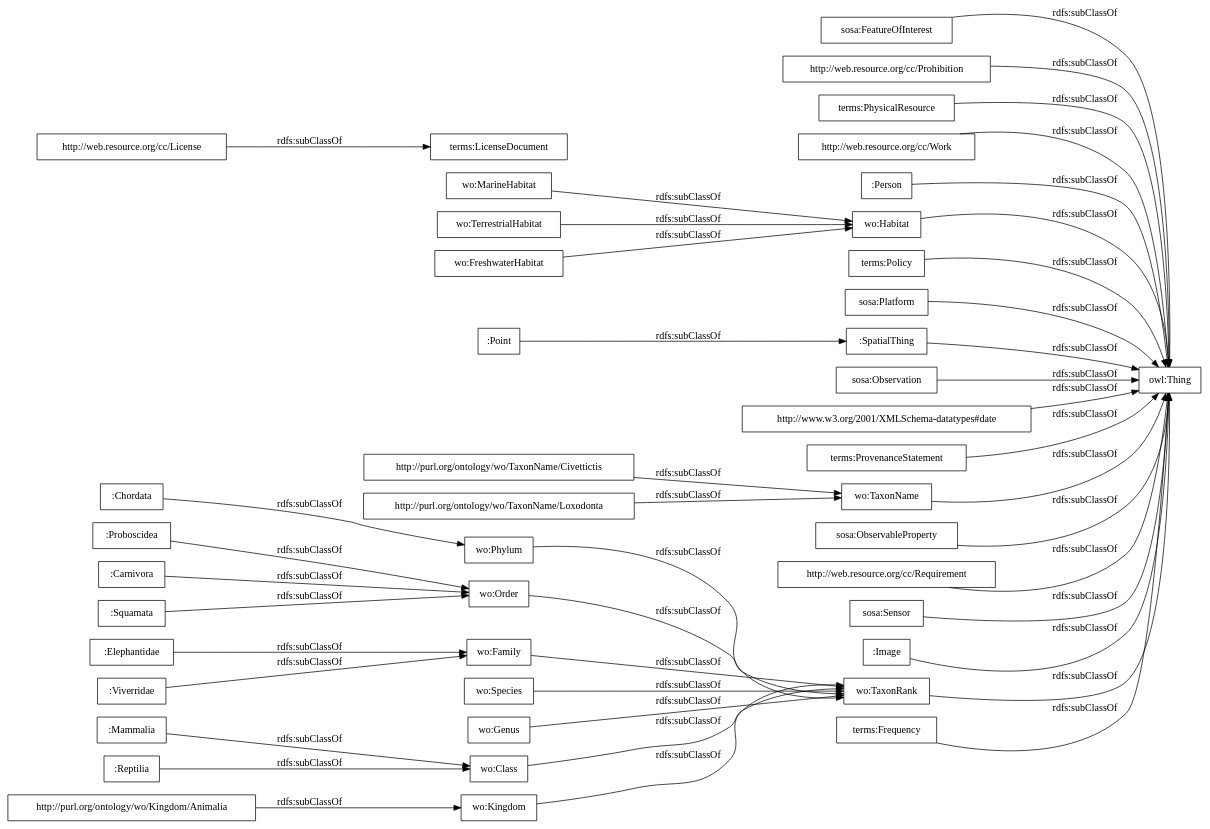
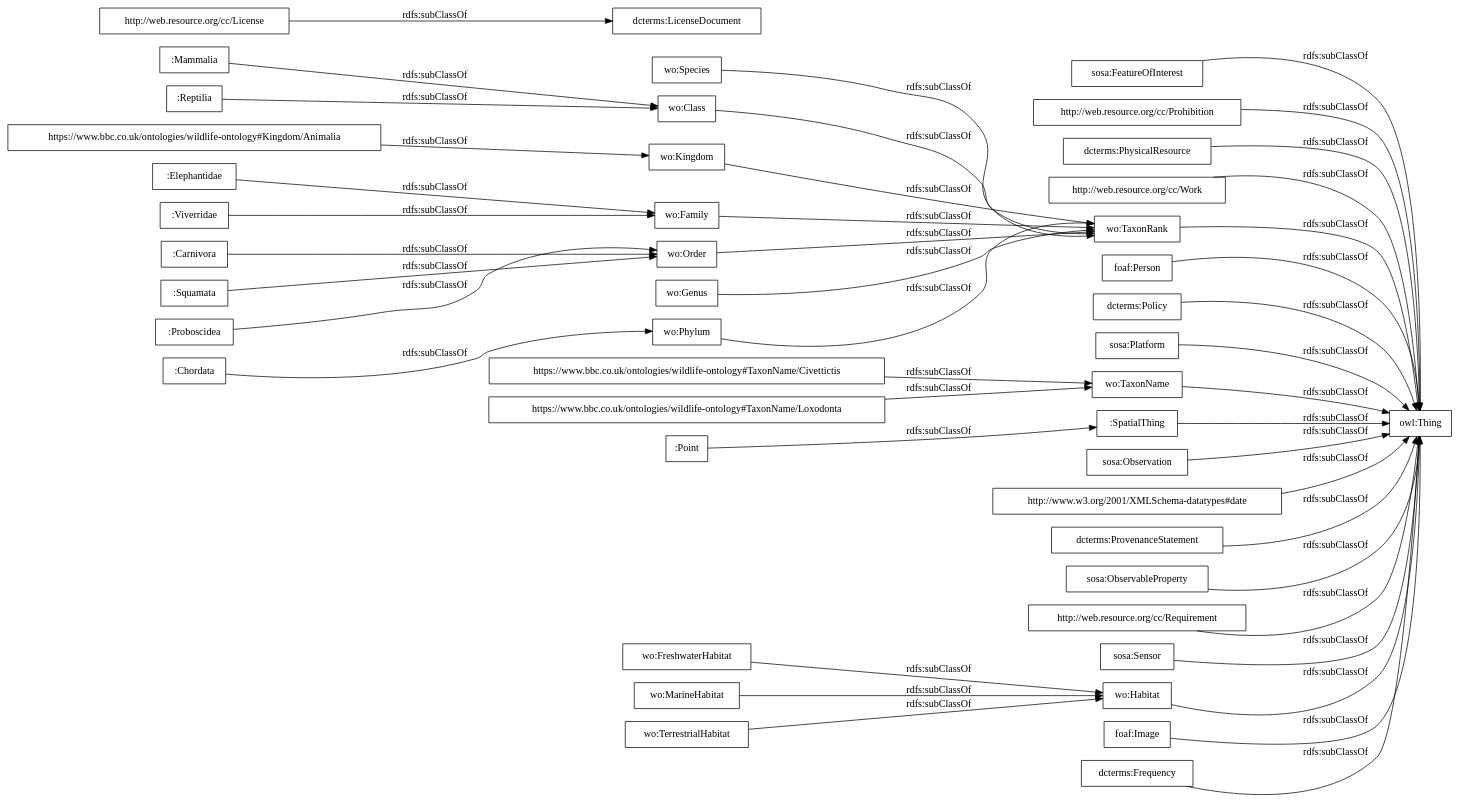
Before and after one commit to Naeima/foo_html: the diagram in OnToology/index.ttl/diagrams/ar2dtool-taxonomy/index.ttl.png.dot, drawn with Graphviz. The commit also changed 21 other files, not shown here.

```diff
--- a/OnToology/index.ttl/diagrams/ar2dtool-taxonomy/index.ttl.png.dot
+++ b/OnToology/index.ttl/diagrams/ar2dtool-taxonomy/index.ttl.png.dot
@@ -1,48 +1,48 @@
 digraph ar2dtool_diagram { 
 rankdir=LR;
 size="1000"
-node [shape = rectangle, color="black"]; "sosa:FeatureOfInterest" "http://web.resource.org/cc/Prohibition" ":Mammalia" "http://web.resource.org/cc/License" "terms:PhysicalResource" "terms:LicenseDocument" "wo:Phylum" "wo:Order" "wo:Family" "http://web.resource.org/cc/Work" ":Person" "wo:Habitat" "http://purl.org/ontology/wo/Kingdom/Animalia" ":Proboscidea" "terms:Policy" "sosa:Platform" ":Reptilia" ":Carnivora" ":SpatialThing" "wo:MarineHabitat" "sosa:Observation" "http://www.w3.org/2001/XMLSchema-datatypes#date" ":Chordata" "terms:ProvenanceStatement" "wo:TaxonName" "sosa:ObservableProperty" "http://web.resource.org/cc/Requirement" ":Squamata" ":Elephantidae" "wo:Species" "sosa:Sensor" ":Image" ":Viverridae" "wo:TaxonRank" "wo:Genus" "terms:Frequency" "http://purl.org/ontology/wo/TaxonName/Civettictis" "wo:TerrestrialHabitat" "wo:Class" ":Point" "wo:Kingdom" "http://purl.org/ontology/wo/TaxonName/Loxodonta" "wo:FreshwaterHabitat" ; /*classes style*/
+node [shape = rectangle, color="black"]; "sosa:FeatureOfInterest" "http://web.resource.org/cc/Prohibition" "https://www.bbc.co.uk/ontologies/wildlife-ontology#Kingdom/Animalia" "wo:FreshwaterHabitat" "http://web.resource.org/cc/License" "dcterms:PhysicalResource" "wo:Species" "wo:Class" "dcterms:LicenseDocument" "wo:Kingdom" "wo:Family" "http://web.resource.org/cc/Work" "https://www.bbc.co.uk/ontologies/wildlife-ontology#TaxonName/Civettictis" ":Carnivora" "wo:TaxonRank" "foaf:Person" ":Elephantidae" ":Mammalia" "wo:Order" "wo:Genus" ":Squamata" "dcterms:Policy" ":Chordata" "sosa:Platform" "wo:TaxonName" ":SpatialThing" "sosa:Observation" "http://www.w3.org/2001/XMLSchema-datatypes#date" ":Reptilia" "dcterms:ProvenanceStatement" "sosa:ObservableProperty" "http://web.resource.org/cc/Requirement" "https://www.bbc.co.uk/ontologies/wildlife-ontology#TaxonName/Loxodonta" "sosa:Sensor" "wo:Habitat" ":Proboscidea" "foaf:Image" "dcterms:Frequency" "wo:Phylum" ":Viverridae" "wo:MarineHabitat" ":Point" "wo:TerrestrialHabitat" ; /*classes style*/
+	"wo:Genus" -> "wo:TaxonRank" [ label = "rdfs:subClassOf" ];
+	"wo:FreshwaterHabitat" -> "wo:Habitat" [ label = "rdfs:subClassOf" ];
 	"sosa:Platform" -> "owl:Thing" [ label = "rdfs:subClassOf" ];
-	":Image" -> "owl:Thing" [ label = "rdfs:subClassOf" ];
-	":Elephantidae" -> "wo:Family" [ label = "rdfs:subClassOf" ];
-	"wo:Kingdom" -> "wo:TaxonRank" [ label = "rdfs:subClassOf" ];
+	"foaf:Image" -> "owl:Thing" [ label = "rdfs:subClassOf" ];
 	":Mammalia" -> "wo:Class" [ label = "rdfs:subClassOf" ];
+	"wo:Species" -> "wo:TaxonRank" [ label = "rdfs:subClassOf" ];
 	":Viverridae" -> "wo:Family" [ label = "rdfs:subClassOf" ];
+	":Point" -> ":SpatialThing" [ label = "rdfs:subClassOf" ];
+	"wo:TaxonName" -> "owl:Thing" [ label = "rdfs:subClassOf" ];
+	"http://web.resource.org/cc/Prohibition" -> "owl:Thing" [ label = "rdfs:subClassOf" ];
+	"dcterms:Policy" -> "owl:Thing" [ label = "rdfs:subClassOf" ];
+	"wo:TaxonRank" -> "owl:Thing" [ label = "rdfs:subClassOf" ];
+	"dcterms:Frequency" -> "owl:Thing" [ label = "rdfs:subClassOf" ];
+	"wo:MarineHabitat" -> "wo:Habitat" [ label = "rdfs:subClassOf" ];
+	"http://web.resource.org/cc/Requirement" -> "owl:Thing" [ label = "rdfs:subClassOf" ];
 	":Reptilia" -> "wo:Class" [ label = "rdfs:subClassOf" ];
-	":Point" -> ":SpatialThing" [ label = "rdfs:subClassOf" ];
-	"http://web.resource.org/cc/Prohibition" -> "owl:Thing" [ label = "rdfs:subClassOf" ];
-	"terms:Policy" -> "owl:Thing" [ label = "rdfs:subClassOf" ];
-	"wo:FreshwaterHabitat" -> "wo:Habitat" [ label = "rdfs:subClassOf" ];
-	"terms:Frequency" -> "owl:Thing" [ label = "rdfs:subClassOf" ];
-	"http://purl.org/ontology/wo/TaxonName/Civettictis" -> "wo:TaxonName" [ label = "rdfs:subClassOf" ];
-	"http://web.resource.org/cc/Requirement" -> "owl:Thing" [ label = "rdfs:subClassOf" ];
-	"http://purl.org/ontology/wo/Kingdom/Animalia" -> "wo:Kingdom" [ label = "rdfs:subClassOf" ];
-	"wo:Species" -> "wo:TaxonRank" [ label = "rdfs:subClassOf" ];
-	"wo:TerrestrialHabitat" -> "wo:Habitat" [ label = "rdfs:subClassOf" ];
+	":Carnivora" -> "wo:Order" [ label = "rdfs:subClassOf" ];
 	"http://web.resource.org/cc/Work" -> "owl:Thing" [ label = "rdfs:subClassOf" ];
 	"sosa:Sensor" -> "owl:Thing" [ label = "rdfs:subClassOf" ];
+	"wo:TerrestrialHabitat" -> "wo:Habitat" [ label = "rdfs:subClassOf" ];
 	"wo:Phylum" -> "wo:TaxonRank" [ label = "rdfs:subClassOf" ];
-	"wo:MarineHabitat" -> "wo:Habitat" [ label = "rdfs:subClassOf" ];
+	"wo:Habitat" -> "owl:Thing" [ label = "rdfs:subClassOf" ];
 	":SpatialThing" -> "owl:Thing" [ label = "rdfs:subClassOf" ];
-	"terms:PhysicalResource" -> "owl:Thing" [ label = "rdfs:subClassOf" ];
+	"dcterms:PhysicalResource" -> "owl:Thing" [ label = "rdfs:subClassOf" ];
+	":Chordata" -> "wo:Phylum" [ label = "rdfs:subClassOf" ];
+	"https://www.bbc.co.uk/ontologies/wildlife-ontology#TaxonName/Civettictis" -> "wo:TaxonName" [ label = "rdfs:subClassOf" ];
+	"http://web.resource.org/cc/License" -> "dcterms:LicenseDocument" [ label = "rdfs:subClassOf" ];
+	"dcterms:ProvenanceStatement" -> "owl:Thing" [ label = "rdfs:subClassOf" ];
 	"wo:Order" -> "wo:TaxonRank" [ label = "rdfs:subClassOf" ];
-	"http://web.resource.org/cc/License" -> "terms:LicenseDocument" [ label = "rdfs:subClassOf" ];
-	"terms:ProvenanceStatement" -> "owl:Thing" [ label = "rdfs:subClassOf" ];
+	"sosa:Observation" -> "owl:Thing" [ label = "rdfs:subClassOf" ];
+	"https://www.bbc.co.uk/ontologies/wildlife-ontology#TaxonName/Loxodonta" -> "wo:TaxonName" [ label = "rdfs:subClassOf" ];
 	"wo:Class" -> "wo:TaxonRank" [ label = "rdfs:subClassOf" ];
-	"sosa:Observation" -> "owl:Thing" [ label = "rdfs:subClassOf" ];
+	"foaf:Person" -> "owl:Thing" [ label = "rdfs:subClassOf" ];
+	":Squamata" -> "wo:Order" [ label = "rdfs:subClassOf" ];
 	"wo:Family" -> "wo:TaxonRank" [ label = "rdfs:subClassOf" ];
-	":Person" -> "owl:Thing" [ label = "rdfs:subClassOf" ];
-	":Chordata" -> "wo:Phylum" [ label = "rdfs:subClassOf" ];
-	":Carnivora" -> "wo:Order" [ label = "rdfs:subClassOf" ];
 	"sosa:FeatureOfInterest" -> "owl:Thing" [ label = "rdfs:subClassOf" ];
-	"wo:Habitat" -> "owl:Thing" [ label = "rdfs:subClassOf" ];
-	"wo:TaxonName" -> "owl:Thing" [ label = "rdfs:subClassOf" ];
-	":Squamata" -> "wo:Order" [ label = "rdfs:subClassOf" ];
-	"wo:TaxonRank" -> "owl:Thing" [ label = "rdfs:subClassOf" ];
 	"sosa:ObservableProperty" -> "owl:Thing" [ label = "rdfs:subClassOf" ];
+	"http://www.w3.org/2001/XMLSchema-datatypes#date" -> "owl:Thing" [ label = "rdfs:subClassOf" ];
+	"wo:Kingdom" -> "wo:TaxonRank" [ label = "rdfs:subClassOf" ];
 	":Proboscidea" -> "wo:Order" [ label = "rdfs:subClassOf" ];
-	"http://www.w3.org/2001/XMLSchema-datatypes#date" -> "owl:Thing" [ label = "rdfs:subClassOf" ];
-	"http://purl.org/ontology/wo/TaxonName/Loxodonta" -> "wo:TaxonName" [ label = "rdfs:subClassOf" ];
-	"wo:Genus" -> "wo:TaxonRank" [ label = "rdfs:subClassOf" ];
+	":Elephantidae" -> "wo:Family" [ label = "rdfs:subClassOf" ];
+	"https://www.bbc.co.uk/ontologies/wildlife-ontology#Kingdom/Animalia" -> "wo:Kingdom" [ label = "rdfs:subClassOf" ];
 
 }
```
